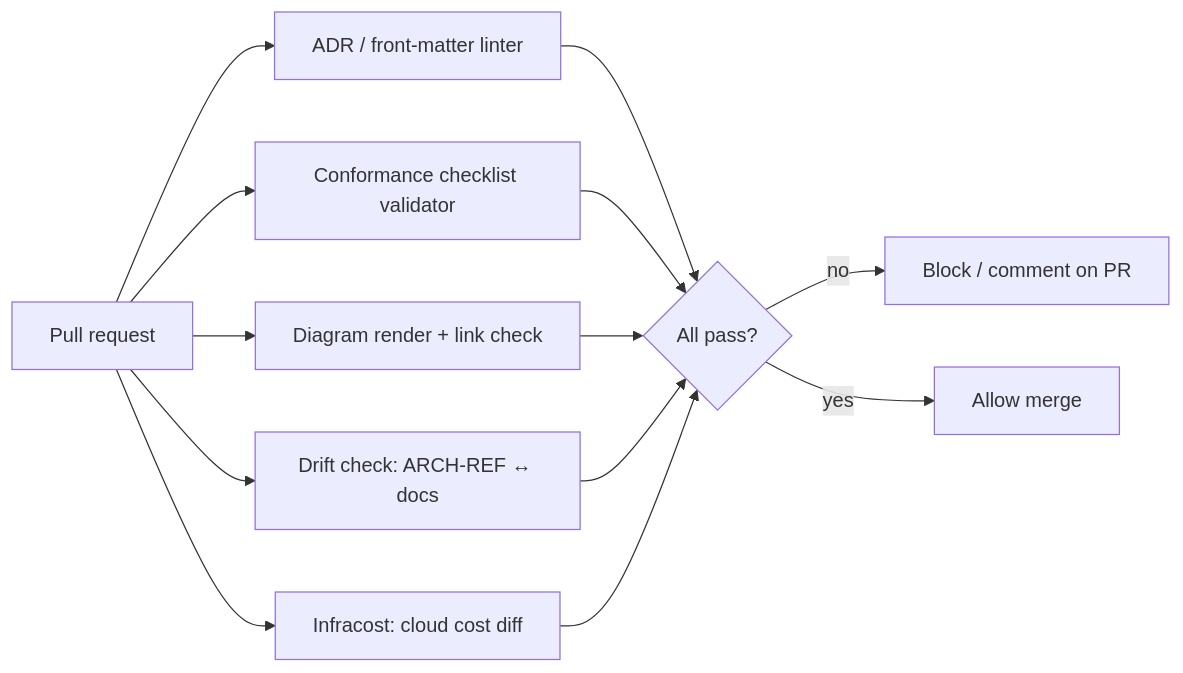
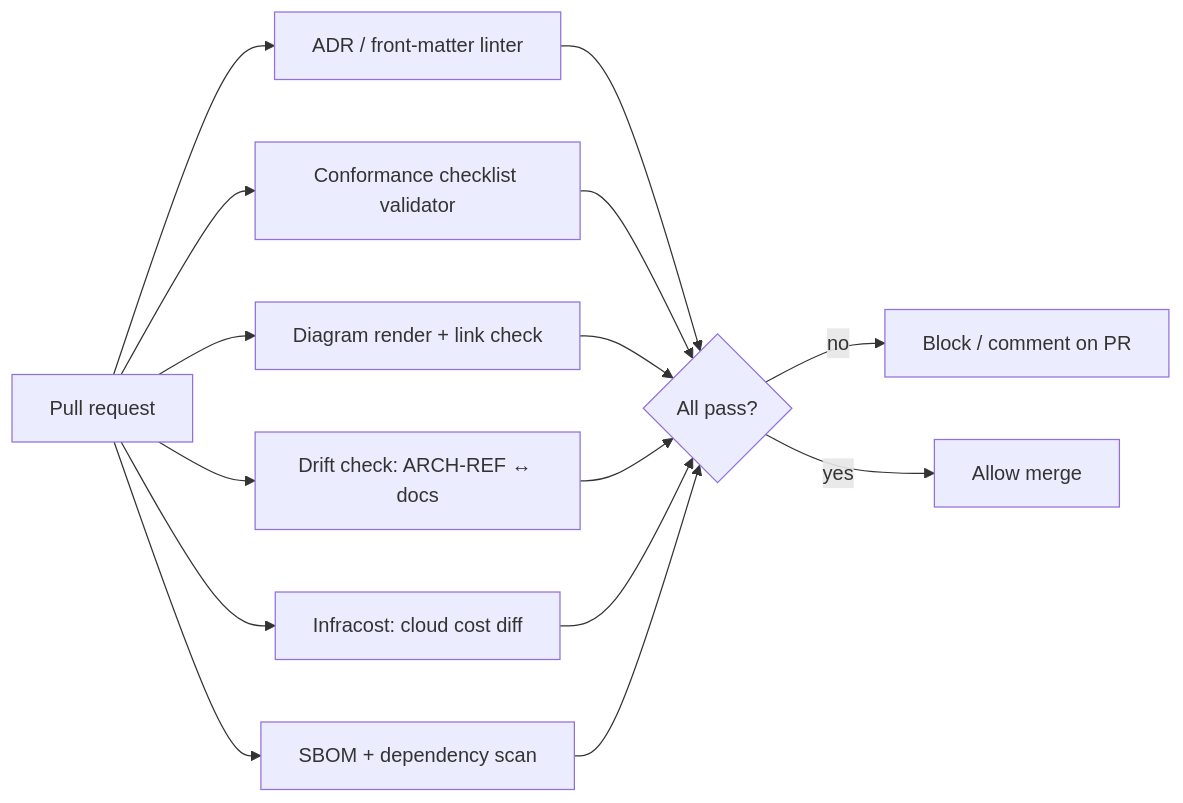
Before and after one commit to alexanderpino/skills: the diagram in principal-architect/references/automation.md, drawn with Mermaid. The commit also changed other lines of this file and 6 other files, not shown here.

First line of the commit message:
principal-architect: OWASP family — lens per surface, ASVS, SBOM gate

````diff
--- a/principal-architect/references/automation.md
+++ b/principal-architect/references/automation.md
@@ -18,11 +18,12 @@
 ```mermaid
 flowchart LR
   PR[Pull request] --> L1[ADR / front-matter linter]
   PR --> L2[Conformance checklist validator]
   PR --> L3[Diagram render + link check]
   PR --> L4[Drift check: ARCH-REF ↔ docs]
   PR --> L5[Infracost: cloud cost diff]
-  L1 & L2 & L3 & L4 & L5 --> G{All pass?}
+  PR --> L6[SBOM + dependency scan]
+  L1 & L2 & L3 & L4 & L5 & L6 --> G{All pass?}
   G -->|no| Block[Block / comment on PR]
   G -->|yes| Merge[Allow merge]
 ```
````
